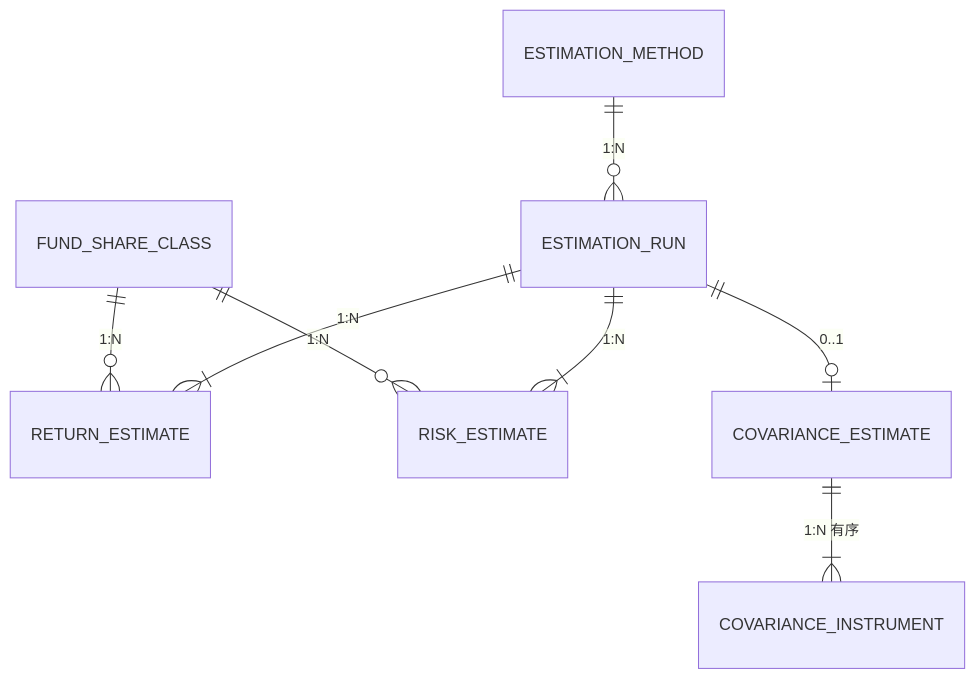
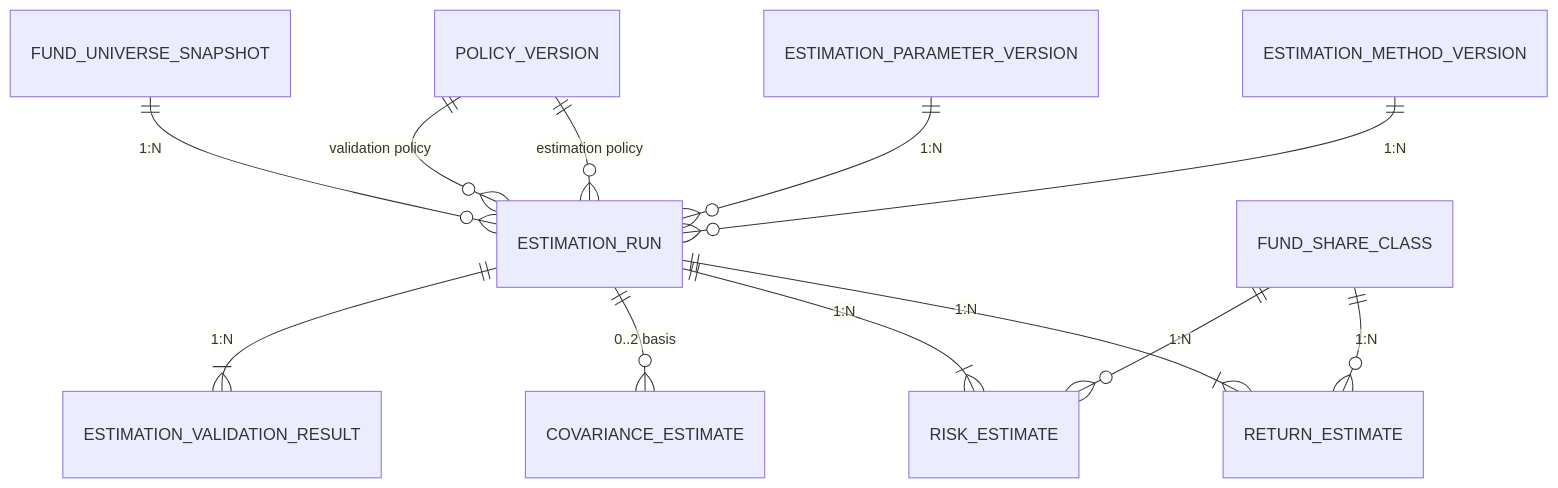
Before and after one commit to shadow1114/fund-investment-platform: the ninth of 11 diagrams in docs/11-database/03-erd.md, drawn with Mermaid. The commit also changed other lines of this file and 6 other files, not shown here.

````diff
--- a/docs/11-database/03-erd.md
+++ b/docs/11-database/03-erd.md
@@ -681,10 +681,14 @@
 ```mermaid
 erDiagram
+    ESTIMATION_METHOD_VERSION ||--o{ ESTIMATION_RUN : "1:N"
+    ESTIMATION_PARAMETER_VERSION ||--o{ ESTIMATION_RUN : "1:N"
+    POLICY_VERSION ||--o{ ESTIMATION_RUN : "estimation policy"
+    POLICY_VERSION ||--o{ ESTIMATION_RUN : "validation policy"
+    FUND_UNIVERSE_SNAPSHOT ||--o{ ESTIMATION_RUN : "1:N"
     ESTIMATION_RUN ||--|{ RETURN_ESTIMATE : "1:N"
     ESTIMATION_RUN ||--|{ RISK_ESTIMATE : "1:N"
-    ESTIMATION_RUN ||--o| COVARIANCE_ESTIMATE : "0..1"
+    ESTIMATION_RUN ||--o{ COVARIANCE_ESTIMATE : "0..2 basis"
+    ESTIMATION_RUN ||--|{ ESTIMATION_VALIDATION_RESULT : "1:N"
     FUND_SHARE_CLASS ||--o{ RETURN_ESTIMATE : "1:N"
     FUND_SHARE_CLASS ||--o{ RISK_ESTIMATE : "1:N"
-    COVARIANCE_ESTIMATE ||--|{ COVARIANCE_INSTRUMENT : "1:N 有序"
-    ESTIMATION_METHOD ||--o{ ESTIMATION_RUN : "1:N"
 ```
````
